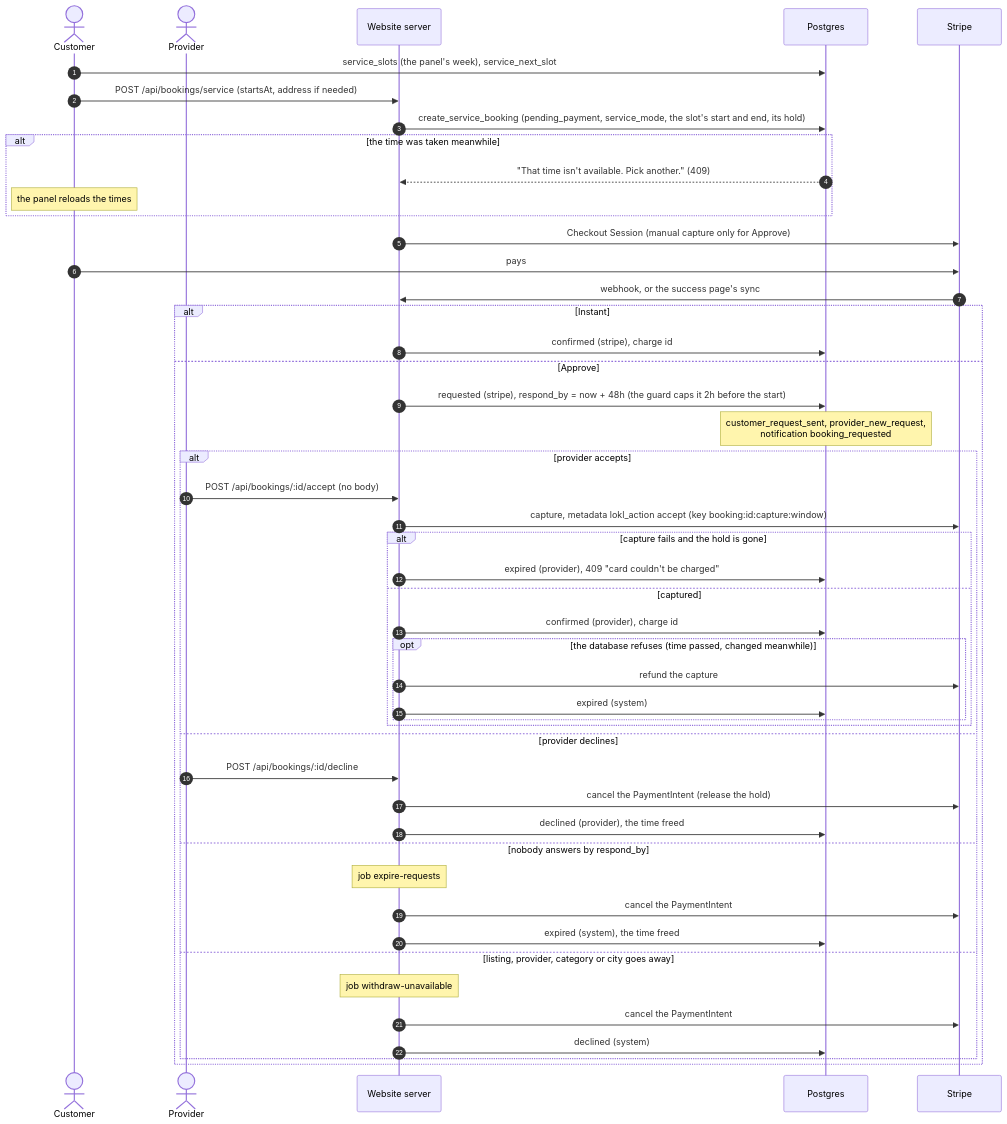
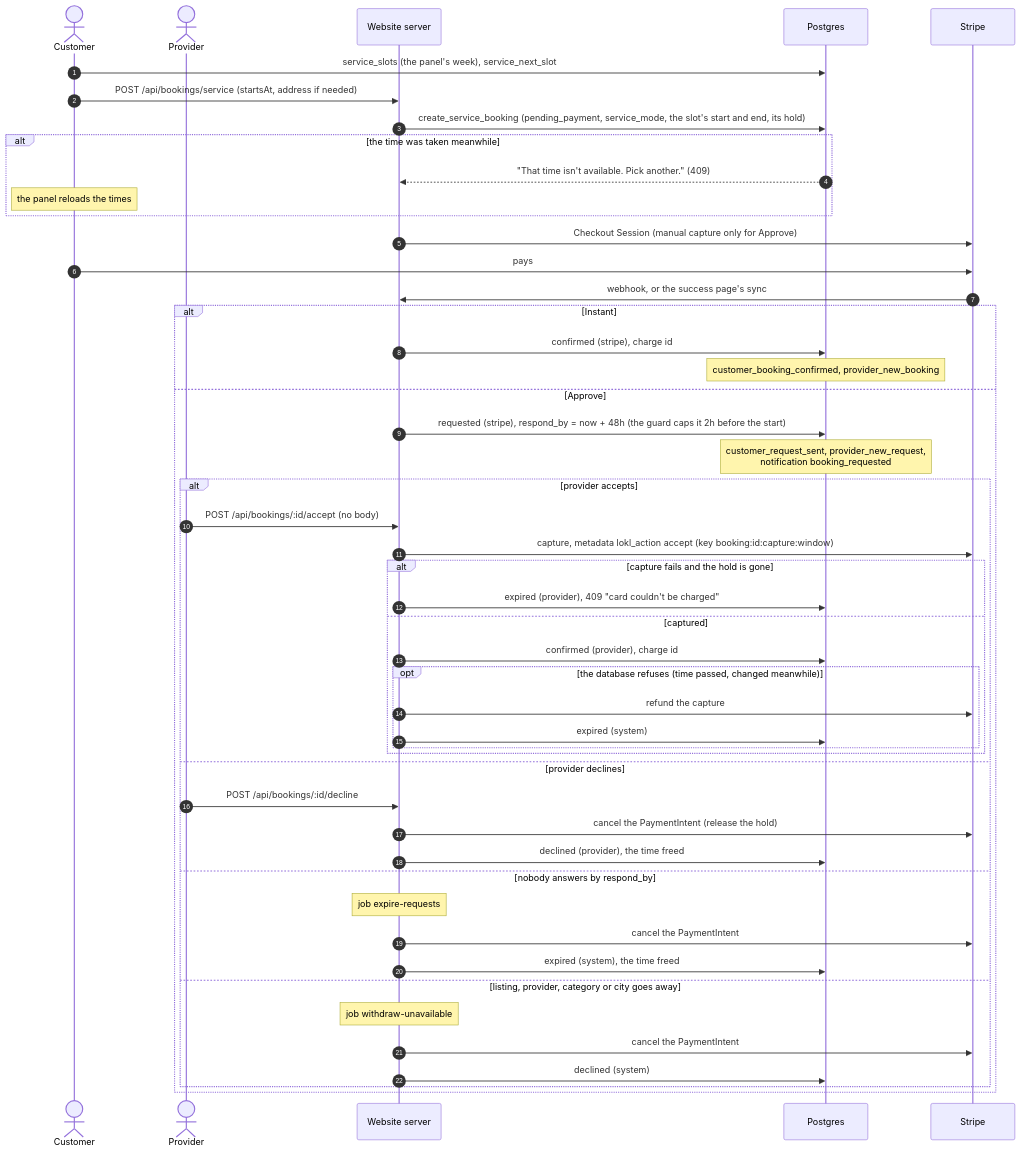
One commit to danielnedelcu/lokl changed the fourth of 10 diagrams in docs/architecture/booking-and-payments.md. Above: the diagram before and after it, drawn with Mermaid. The commit also changed other lines of this file and 20 other files, not shown here.

````diff
--- a/docs/architecture/booking-and-payments.md
+++ b/docs/architecture/booking-and-payments.md
@@ -265,51 +265,52 @@
 ```mermaid
 sequenceDiagram
   autonumber
   actor C as Customer
   actor P as Provider
   participant W as Website server
   participant DB as Postgres
   participant S as Stripe
 
   C->>DB: service_slots (the panel's week), service_next_slot
   C->>W: POST /api/bookings/service (startsAt, address if needed)
   W->>DB: create_service_booking (pending_payment, service_mode, the slot's start and end, its hold)
   alt the time was taken meanwhile
     DB-->>W: "That time isn't available. Pick another." (409)
     Note over C: the panel reloads the times
   end
   W->>S: Checkout Session (manual capture only for Approve)
   C->>S: pays
   S->>W: webhook, or the success page's sync
   alt Instant
     W->>DB: confirmed (stripe), charge id
+    Note over DB: customer_booking_confirmed, provider_new_booking
   else Approve
     W->>DB: requested (stripe), respond_by = now + 48h (the guard caps it 2h before the start)
     Note over DB: customer_request_sent, provider_new_request,<br/>notification booking_requested
     alt provider accepts
       P->>W: POST /api/bookings/:id/accept (no body)
       W->>S: capture, metadata lokl_action accept (key booking:id:capture:window)
       alt capture fails and the hold is gone
         W->>DB: expired (provider), 409 "card couldn't be charged"
       else captured
         W->>DB: confirmed (provider), charge id
         opt the database refuses (time passed, changed meanwhile)
           W->>S: refund the capture
           W->>DB: expired (system)
         end
       end
     else provider declines
       P->>W: POST /api/bookings/:id/decline
       W->>S: cancel the PaymentIntent (release the hold)
       W->>DB: declined (provider), the time freed
     else nobody answers by respond_by
       Note over W: job expire-requests
       W->>S: cancel the PaymentIntent
       W->>DB: expired (system), the time freed
     else listing, provider, category or city goes away
       Note over W: job withdraw-unavailable
       W->>S: cancel the PaymentIntent
       W->>DB: declined (system)
     end
   end
 ```
````
